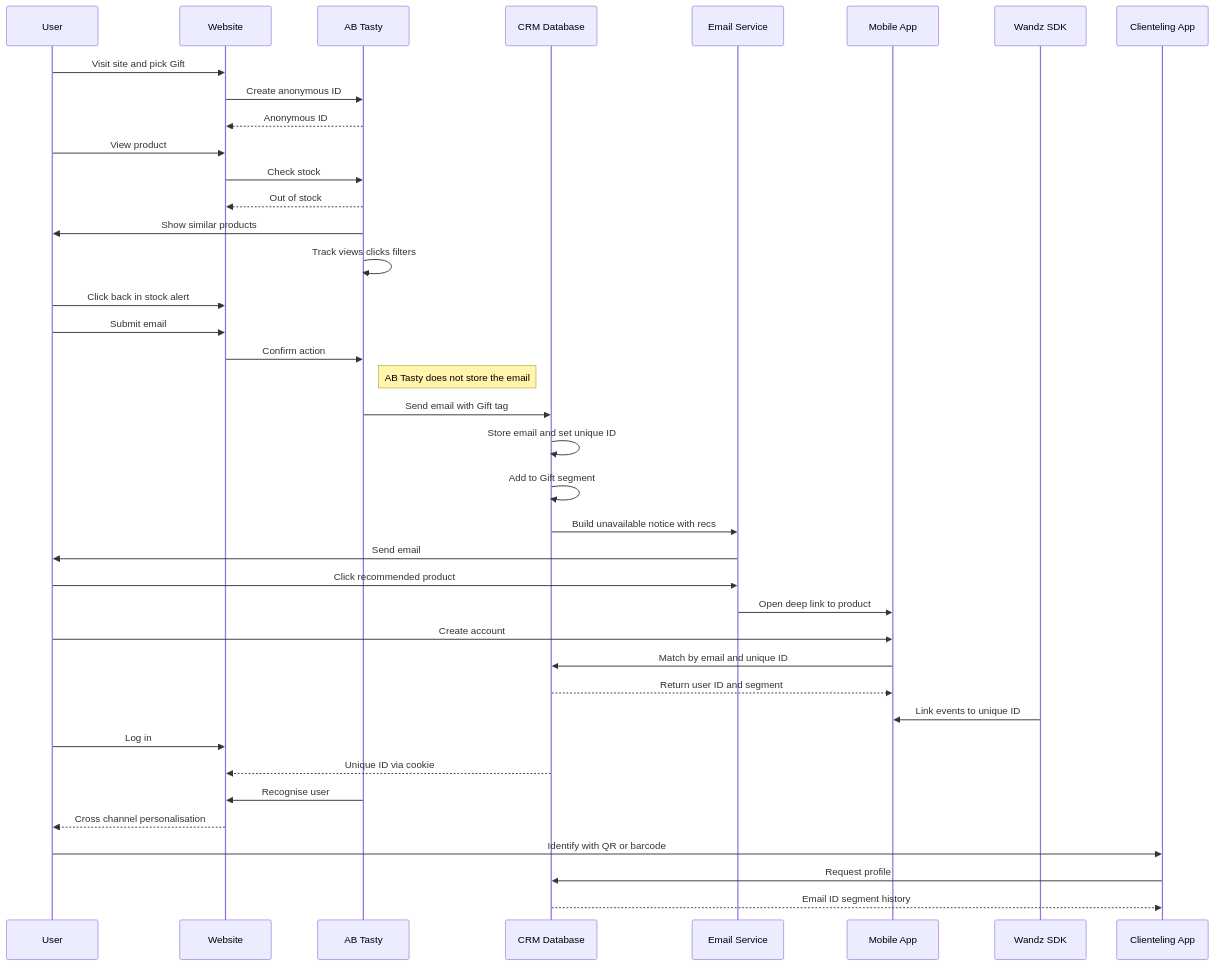
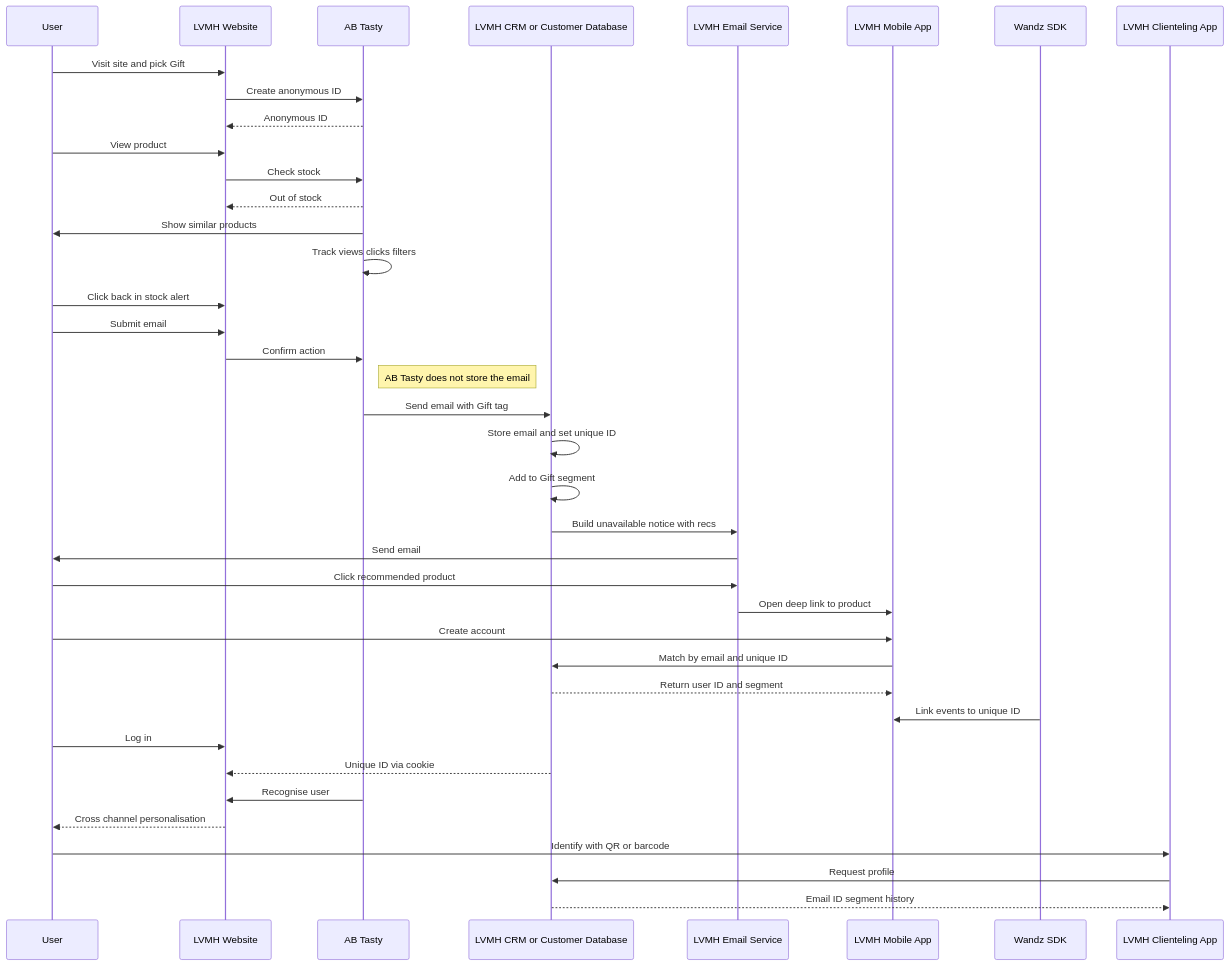
One commit to valoudefou/luxury-perosnalisation-across-channel changed the second of 2 diagrams in README.md. Above: the diagram before and after it, drawn with Mermaid. The commit also changed other lines of this file, not shown here.

````diff
--- a/README.md
+++ b/README.md
@@ -106,53 +106,53 @@
 ```mermaid
 sequenceDiagram
   participant User
-  participant Website
+  participant Website as LVMH Website
   participant ABTasty as AB Tasty
-  participant CRM as CRM Database
-  participant Email as Email Service
-  participant App as Mobile App
+  participant CRM as LVMH CRM or Customer Database
+  participant Email as LVMH Email Service
+  participant App as LVMH Mobile App
   participant Wandz as Wandz SDK
-  participant Store as Clienteling App
+  participant Store as LVMH Clienteling App
 
-  %% Step 1 - Website visit
+  %% Step 1 - LVMH Website visit
   User->>Website: Visit site and pick Gift
   Website->>ABTasty: Create anonymous ID
   ABTasty-->>Website: Anonymous ID
   User->>Website: View product
   Website->>ABTasty: Check stock
   ABTasty-->>Website: Out of stock
   ABTasty->>User: Show similar products
   ABTasty->>ABTasty: Track views clicks filters
 
   %% Step 2 - Back in stock alert
   User->>Website: Click back in stock alert
   User->>Website: Submit email
   Website->>ABTasty: Confirm action
   note right of ABTasty: AB Tasty does not store the email
   ABTasty->>CRM: Send email with Gift tag
 
-  %% Step 3 - CRM identification and email
+  %% Step 3 - LVMH CRM identification and email
   CRM->>CRM: Store email and set unique ID
   CRM->>CRM: Add to Gift segment
   CRM->>Email: Build unavailable notice with recs
   Email->>User: Send email
   User->>Email: Click recommended product
 
-  %% Step 4 - Mobile app interaction
+  %% Step 4 - LVMH Mobile app interaction
   Email->>App: Open deep link to product
   User->>App: Create account
   App->>CRM: Match by email and unique ID
   CRM-->>App: Return user ID and segment
   Wandz->>App: Link events to unique ID
 
-  %% Step 5 - Web login
+  %% Step 5 - LVMH Web login
   User->>Website: Log in
   CRM-->>Website: Unique ID via cookie
   ABTasty->>Website: Recognise user
   Website-->>User: Cross channel personalisation
 
-  %% Step 6 - In store
+  %% Step 6 - LVMH In store
   User->>Store: Identify with QR or barcode
   Store->>CRM: Request profile
   CRM-->>Store: Email ID segment history
 ```
````
